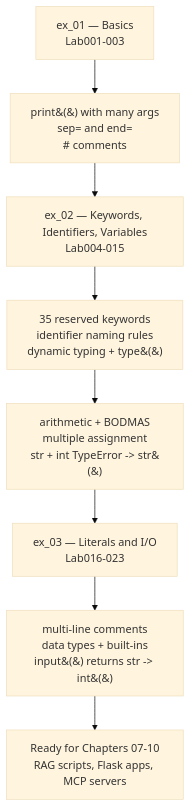
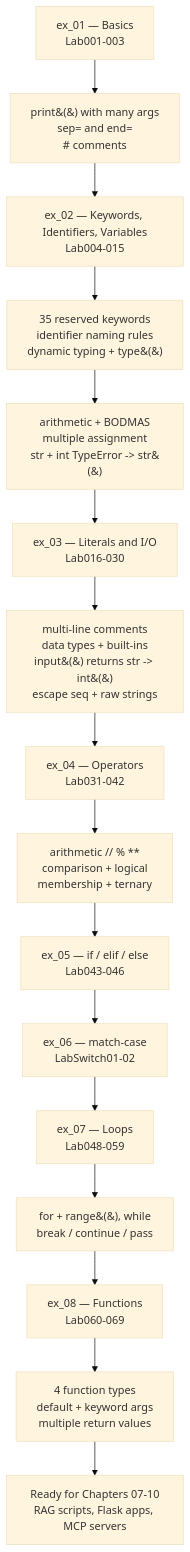
Diagram 13 of 20 in README.md (PramodDutta/AITesterBlueprint3x), drawn with Mermaid (base theme) before and after one commit. The commit also changed other lines of this file and 45 other files, not shown here.

First line of the commit message:
feat: add ch11 operators, conditions, match, loops, functions labs

````diff
--- a/README.md
+++ b/README.md
@@ -1046,10 +1089,18 @@
 ```mermaid
 flowchart TD
     A["ex_01 — Basics<br/>Lab001-003"] --> A1["print&#40;&#41; with many args<br/>sep= and end=<br/># comments"]
     A1 --> B["ex_02 — Keywords, Identifiers, Variables<br/>Lab004-015"]
     B --> B1["35 reserved keywords<br/>identifier naming rules<br/>dynamic typing + type&#40;&#41;"]
     B1 --> B2["arithmetic + BODMAS<br/>multiple assignment<br/>str + int TypeError -> str&#40;&#41;"]
-    B2 --> C["ex_03 — Literals and I/O<br/>Lab016-023"]
-    C --> C1["multi-line comments<br/>data types + built-ins<br/>input&#40;&#41; returns str -> int&#40;&#41;"]
-    C1 --> D["Ready for Chapters 07-10<br/>RAG scripts, Flask apps, MCP servers"]
+    B2 --> C["ex_03 — Literals and I/O<br/>Lab016-030"]
+    C --> C1["multi-line comments<br/>data types + built-ins<br/>input&#40;&#41; returns str -> int&#40;&#41;<br/>escape seq + raw strings"]
+    C1 --> E["ex_04 — Operators<br/>Lab031-042"]
+    E --> E1["arithmetic // % **<br/>comparison + logical<br/>membership + ternary"]
+    E1 --> F["ex_05 — if / elif / else<br/>Lab043-046"]
+    F --> G["ex_06 — match-case<br/>LabSwitch01-02"]
+    G --> H["ex_07 — Loops<br/>Lab048-059"]
+    H --> H1["for + range&#40;&#41;, while<br/>break / continue / pass"]
+    H1 --> I["ex_08 — Functions<br/>Lab060-069"]
+    I --> I1["4 function types<br/>default + keyword args<br/>multiple return values"]
+    I1 --> D["Ready for Chapters 07-10<br/>RAG scripts, Flask apps, MCP servers"]
 ```
````
